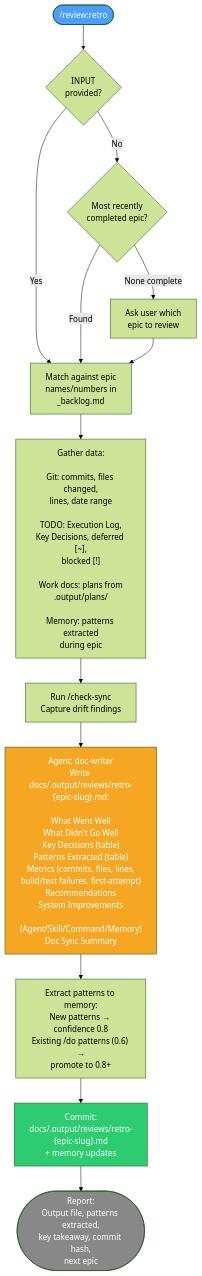
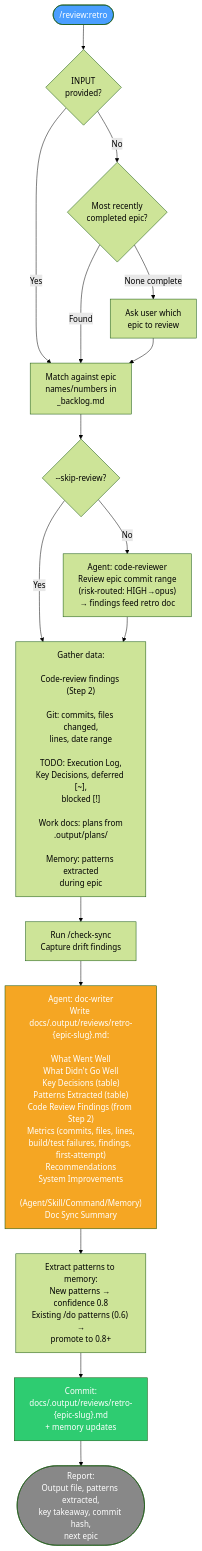
One commit to Domdhi/Agents.Domdhi changed diagram 32 of 37 in docs/reference/commands.md. Above: the diagram before and after it, drawn with Mermaid (forest theme). The commit also changed other lines of this file and 35 other files, not shown here.

Commit message:
chore: publish v4.81 — /review:retro folds in a code-review pass (--skip-review opt-out)

````diff
--- a/docs/reference/commands.md
+++ b/docs/reference/commands.md
@@ -1489,26 +1489,29 @@
 ```mermaid
 flowchart TD
     START(["/review:retro"]) --> INPUT{INPUT\nprovided?}
     INPUT -->|Yes| MATCH["Match against epic\nnames/numbers in\n_backlog.md"]
     INPUT -->|No| FIND{Most recently\ncompleted epic?}
     FIND -->|Found| MATCH
     FIND -->|None complete| ASK["Ask user which\nepic to review"]
     ASK --> MATCH
 
-    MATCH --> GATHER["Gather data:\n\nGit: commits, files changed,\nlines, date range\n\nTODO: Execution Log,\nKey Decisions, deferred [~],\nblocked [!]\n\nWork docs: plans from\n.output/plans/\n\nMemory: patterns extracted\nduring epic"]
+    MATCH --> REVIEW{"--skip-review?"}
+    REVIEW -->|No| CR["Agent: code-reviewer\nReview epic commit range\n(risk-routed: HIGH→opus)\n→ findings feed retro doc"]
+    REVIEW -->|Yes| GATHER
+    CR --> GATHER["Gather data:\n\nCode-review findings (Step 2)\n\nGit: commits, files changed,\nlines, date range\n\nTODO: Execution Log,\nKey Decisions, deferred [~],\nblocked [!]\n\nWork docs: plans from\n.output/plans/\n\nMemory: patterns extracted\nduring epic"]
 
     GATHER --> SYNC["Run /check-sync\nCapture drift findings"]
 
-    SYNC --> DELEGATE["Agent: doc-writer\nWrite docs/.output/reviews/retro-{epic-slug}.md:\n\nWhat Went Well\nWhat Didn't Go Well\nKey Decisions (table)\nPatterns Extracted (table)\nMetrics (commits, files, lines,\nbuild/test failures, first-attempt)\nRecommendations\nSystem Improvements\n  (Agent/Skill/Command/Memory)\nDoc Sync Summary"]
+    SYNC --> DELEGATE["Agent: doc-writer\nWrite docs/.output/reviews/retro-{epic-slug}.md:\n\nWhat Went Well\nWhat Didn't Go Well\nKey Decisions (table)\nPatterns Extracted (table)\nCode Review Findings (from Step 2)\nMetrics (commits, files, lines,\nbuild/test failures, findings, first-attempt)\nRecommendations\nSystem Improvements\n  (Agent/Skill/Command/Memory)\nDoc Sync Summary"]
 
     DELEGATE --> PATTERNS["Extract patterns to memory:\nNew patterns → confidence 0.8\nExisting /do patterns (0.6) →\npromote to 0.8+"]
 
     PATTERNS --> COMMIT["Commit:\ndocs/.output/reviews/retro-{epic-slug}.md\n+ memory updates"]
 
     COMMIT --> REPORT(["Report:\nOutput file, patterns extracted,\nkey takeaway, commit hash,\nnext epic"])
 
     style START fill:#4a9eff,color:#fff
     style DELEGATE fill:#f5a623,color:#fff
     style COMMIT fill:#2ecc71,color:#fff
     style REPORT fill:#888,color:#fff
 ```
````
